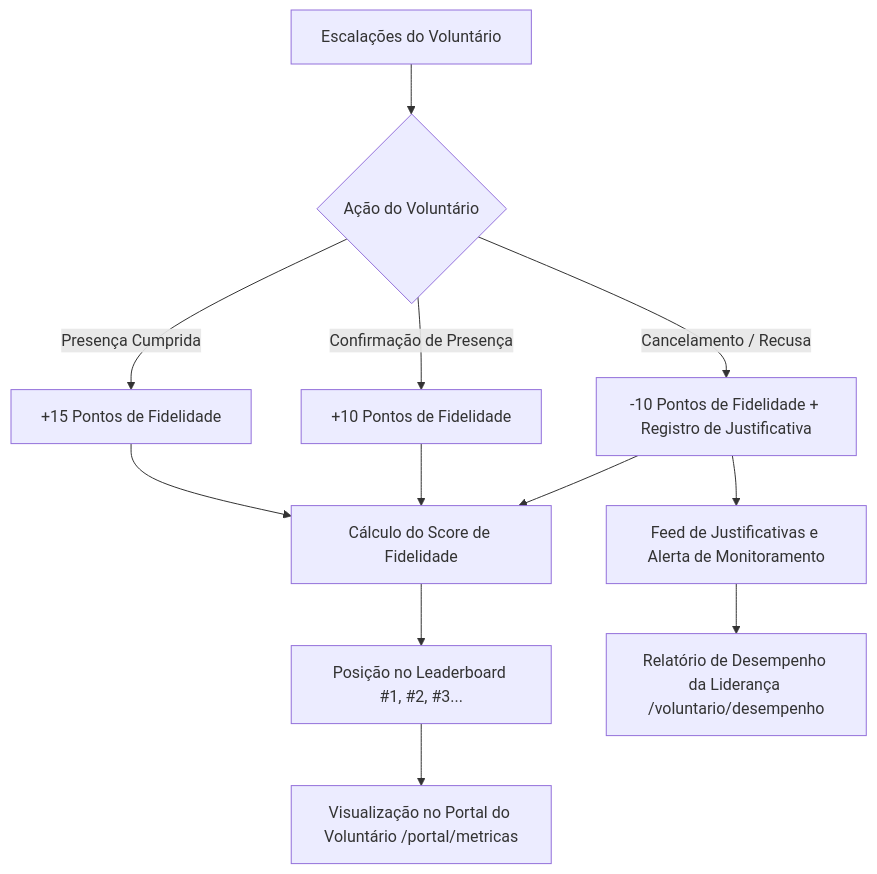
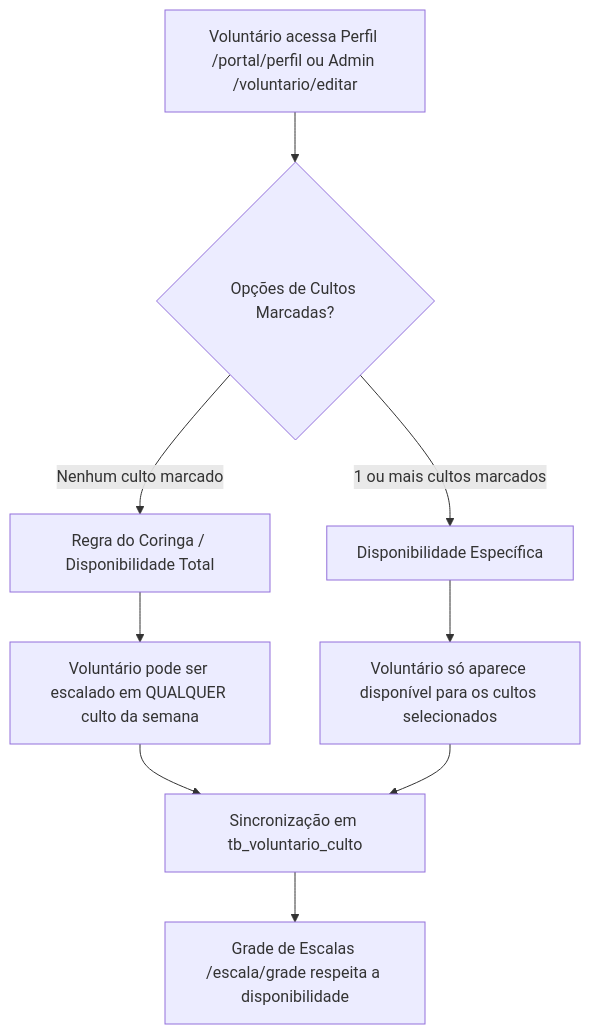
The fourth of 4 diagrams in _docs/readme.md (canalsantoandre/ci-advec), drawn with Mermaid before and after one commit. The commit also changed other lines of this file and 15 other files, not shown here.

````diff
--- a/_docs/readme.md
+++ b/_docs/readme.md
@@ -104,18 +124,14 @@
 ```mermaid
 flowchart TD
-    E[Escalações do Voluntário] --> C{Ação do Voluntário}
+    A[Voluntário acessa Perfil /portal/perfil ou Admin /voluntario/editar] --> B{Opções de Cultos Marcadas?}
     
-    C -->|Presença Cumprida| P1[+15 Pontos de Fidelidade]
-    C -->|Confirmação de Presença| P2[+10 Pontos de Fidelidade]
-    C -->|Cancelamento / Recusa| P3[-10 Pontos de Fidelidade + Registro de Justificativa]
+    B -->|Nenhum culto marcado| C[Regra do Coringa / Disponibilidade Total]
+    C --> C1[Voluntário pode ser escalado em QUALQUER culto da semana]
     
-    P1 --> S[Cálculo do Score de Fidelidade]
-    P2 --> S
-    P3 --> S
+    B -->|1 ou mais cultos marcados| D[Disponibilidade Específica]
+    D --> D1[Voluntário só aparece disponível para os cultos selecionados]
     
-    S --> R[Posição no Leaderboard #1, #2, #3...]
-    R --> V1[Visualização no Portal do Voluntário /portal/metricas]
-    
-    P3 --> M[Feed de Justificativas e Alerta de Monitoramento]
-    M --> V2[Relatório de Desempenho da Liderança /voluntario/desempenho]
+    C1 --> E[Sincronização em tb_voluntario_culto]
+    D1 --> E
+    E --> F[Grade de Escalas /escala/grade respeita a disponibilidade]
 ```
````
